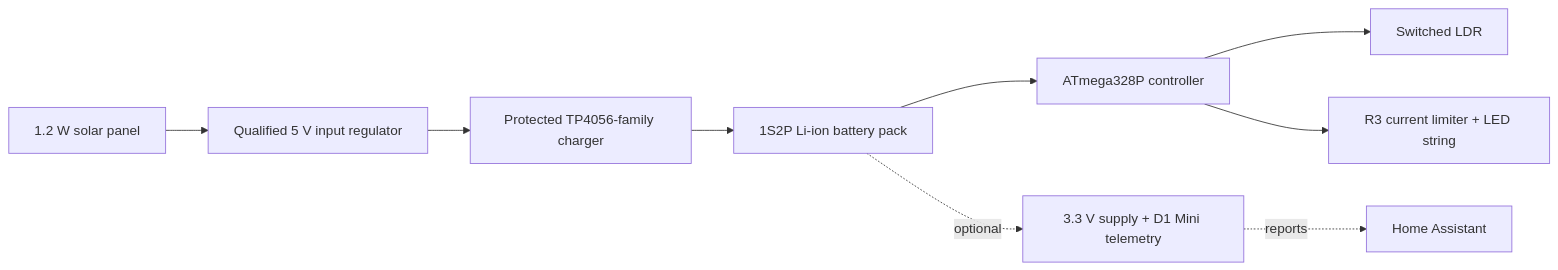
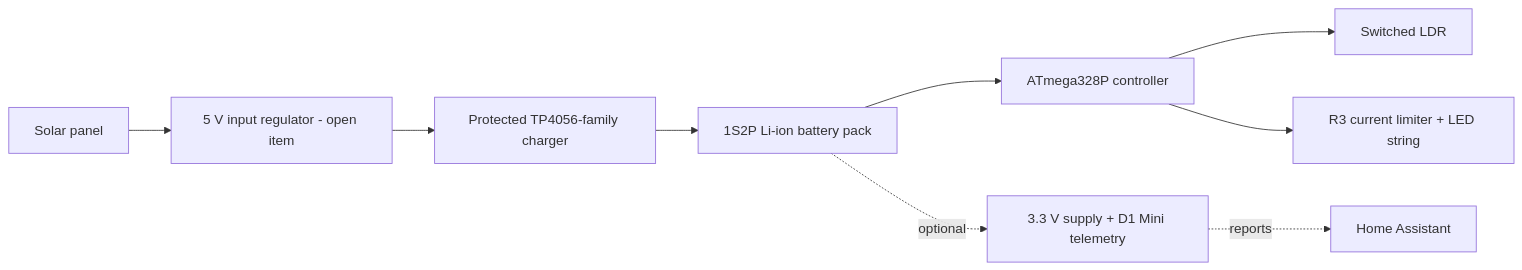
The diagram in README.md (anthonyjclarke/Solar-Lights-Lite), drawn with Mermaid before and after one commit. The commit also changed other lines of this file and 33 other files, not shown here.

````diff
--- a/README.md
+++ b/README.md
@@ -78,11 +78,11 @@
 ```mermaid
 flowchart LR
-    PV[1.2 W solar panel] --> REG[Qualified 5 V input regulator]
+    PV[Solar panel] --> REG[5 V input regulator - open item]
     REG --> CHG[Protected TP4056-family charger]
     CHG --> BAT[1S2P Li-ion battery pack]
     BAT --> MCU[ATmega328P controller]
     MCU --> LDR[Switched LDR]
     MCU --> LED[R3 current limiter + LED string]
     BAT -. optional .-> TEL[3.3 V supply + D1 Mini telemetry]
     TEL -. reports .-> HA[Home Assistant]
 ```
````
